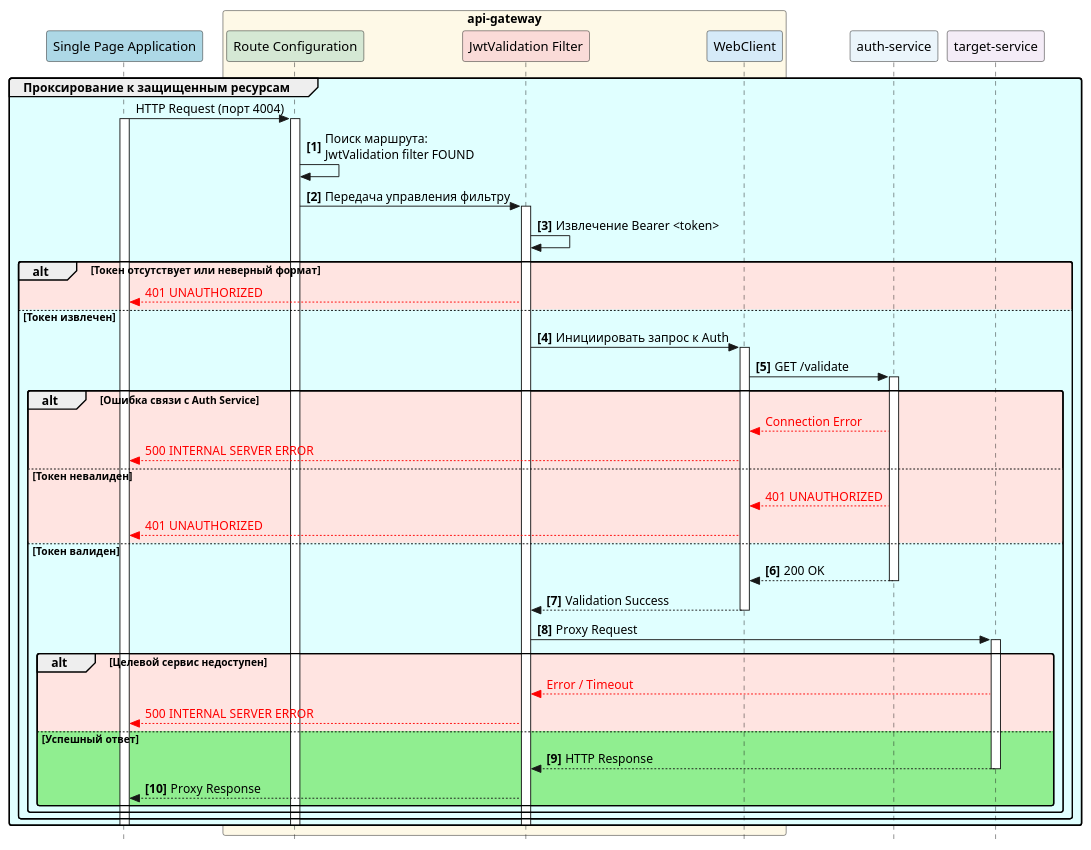
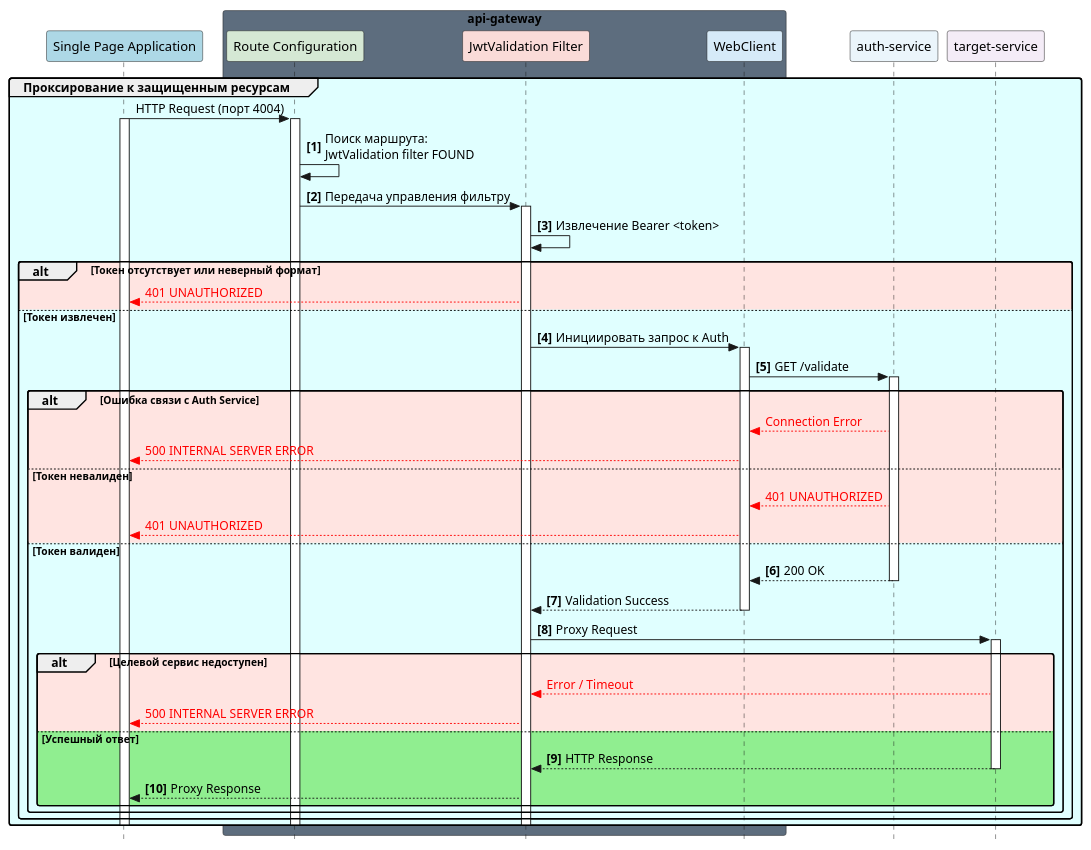
One commit to ni1a207/Healthcare-System changed the diagram in Docs/As is/Diagrams/APIGateway.validate.puml. Above: the diagram before and after it, drawn with PlantUML. The commit also changed 37 other files, not shown here.

```diff
--- a/Docs/As is/Diagrams/APIGateway.validate.puml
+++ b/Docs/As is/Diagrams/APIGateway.validate.puml
@@ -1,84 +1,84 @@
 @startuml
 skinparam Shadowing true
 skinparam RoundCorner 5
 skinparam MaxMessageSize 250
 skinparam Style strictuml
 
 participant "Single Page Application" as SPA #LightBlue
 
-box "api-gateway" #FEF9E7
+box "api-gateway"#5D6D7E
     participant "Route Configuration" as RC #D5E8D4
     participant "JwtValidation Filter" as Filter #FADBD8
     participant "WebClient" as WC #D6EAF8
 end box
 
 participant "auth-service" as Auth #EBF5FB
 participant "target-service" as TS #F4ECF7
 
 autonumber "<b>[0]</b>"
 autonumber stop
 
 group #LightCyan Проксирование к защищенным ресурсам
     SPA -> RC: HTTP Request (порт 4004)
     activate SPA
     activate RC
 
 autonumber resume
     RC -> RC: Поиск маршрута:\nJwtValidation filter FOUND
 
     RC -> Filter: Передача управления фильтру
     activate Filter
 
     Filter -> Filter: Извлечение Bearer <token>
 
     alt #MistyRose Токен отсутствует или неверный формат
         autonumber stop
         Filter --[#red]> SPA: <color:#red>401 UNAUTHORIZED</color>
         autonumber resume
     else #LightCyan Токен извлечен
 
         Filter -> WC: Инициировать запрос к Auth
         activate WC
 
         WC -> Auth: GET /validate
         activate Auth
 
         alt #MistyRose Ошибка связи с Auth Service
             autonumber stop
             Auth --[#red]> WC: <color:#red>Connection Error</color>
             WC --[#red]> SPA: <color:#red>500 INTERNAL SERVER ERROR</color>
             autonumber resume
         else #MistyRose Токен невалиден
             autonumber stop
             Auth --[#red]> WC: <color:#red>401 UNAUTHORIZED</color>
             WC --[#red]> SPA: <color:#red>401 UNAUTHORIZED</color>
             autonumber resume
         else #LightCyan Токен валиден
             Auth --> WC: 200 OK
             deactivate Auth
 
             WC --> Filter: Validation Success
             deactivate WC
 
             Filter -> TS: Proxy Request
             activate TS
 
             alt #MistyRose Целевой сервис недоступен
                 autonumber stop
                 TS --[#red]> Filter: <color:#red>Error / Timeout</color>
                 Filter --[#red]> SPA: <color:#red>500 INTERNAL SERVER ERROR</color>
                 autonumber resume
             else #LightGreen Успешный ответ
                 TS --> Filter: HTTP Response
                 deactivate TS
 
                 Filter --> SPA: Proxy Response
             end
         end
     end
 
     deactivate Filter
     deactivate RC
     deactivate SPA
 end
 @enduml
```
